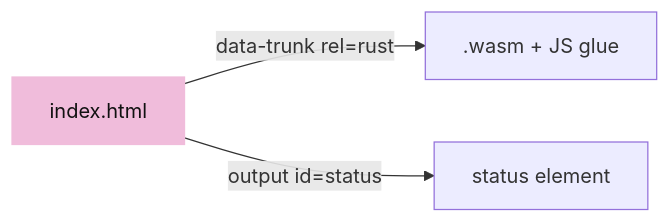
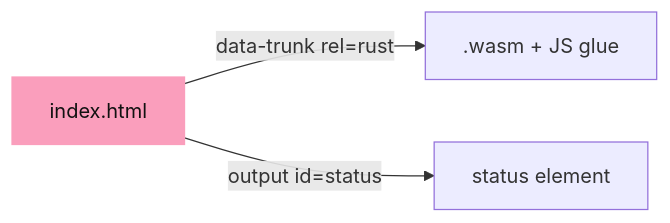
The fifth of 6 diagrams in session_viewer/docs/00-environment.md (petrasvestartas/session), drawn with Mermaid before and after one commit. The commit also changed other lines of this file and 328 other files, not shown here.

First line of the commit message:
Course: the palette you sent, and mermaid drawn like the drawings

````diff
--- a/session_viewer/docs/00-environment.md
+++ b/session_viewer/docs/00-environment.md
@@ -97,6 +97,6 @@
 ```mermaid
 flowchart LR
     H["index.html"] -- "data-trunk rel=rust" --> W[".wasm + JS glue"]
     H -- "output id=status" --> S["status element"]
-    style H fill:#f0bcdb,stroke:#f0bcdb,color:#111
+    style H fill:#fa9ebc,stroke:#fa9ebc,color:#111
 ```
````
